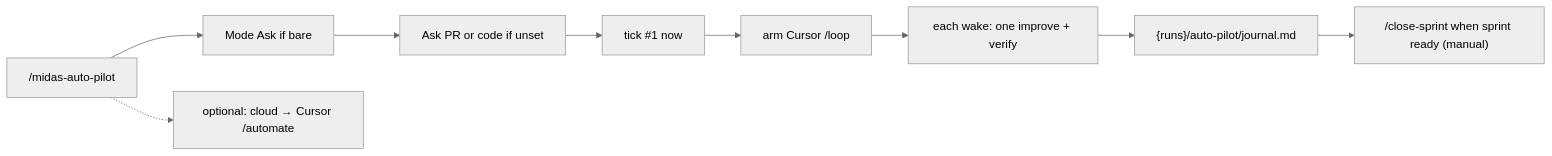
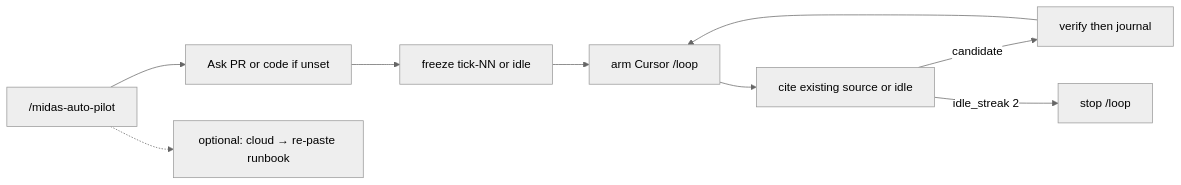
One commit to okuzpe/midas-harness changed the sixth of 6 diagrams in docs/skill-flows.md. Above: the diagram before and after it, drawn with Mermaid (neutral theme). The commit also changed other lines of this file and 58 other files, not shown here.

First line of the commit message:
feat: direct auto-pilot at planned work instead of inventing fixes

````diff
--- a/docs/skill-flows.md
+++ b/docs/skill-flows.md
@@ -160,11 +160,11 @@
 ```mermaid
 flowchart LR
-  Start["/midas-auto-pilot"] --> Mode["Mode Ask if bare"]
-  Mode --> Ask["Ask PR or code if unset"]
-  Ask --> Tick1["tick #1 now"]
+  Start["/midas-auto-pilot"] --> Ask["Ask PR or code if unset"]
+  Ask --> Tick1["freeze tick-NN or idle"]
   Tick1 --> Loop["arm Cursor /loop"]
-  Loop --> OneFix["each wake: one improve + verify"]
-  OneFix --> Journal["{runs}/auto-pilot/journal.md"]
-  Journal --> Close["/close-sprint when sprint ready (manual)"]
-  Start -.-> Cloud["optional: cloud → Cursor /automate"]
+  Loop --> Pick["cite existing source or idle"]
+  Pick -->|candidate| Verify["verify then journal"]
+  Verify --> Loop
+  Pick -->|idle_streak 2| StopLoop["stop /loop"]
+  Start -.-> Cloud["optional: cloud → re-paste runbook"]
 ```
````
